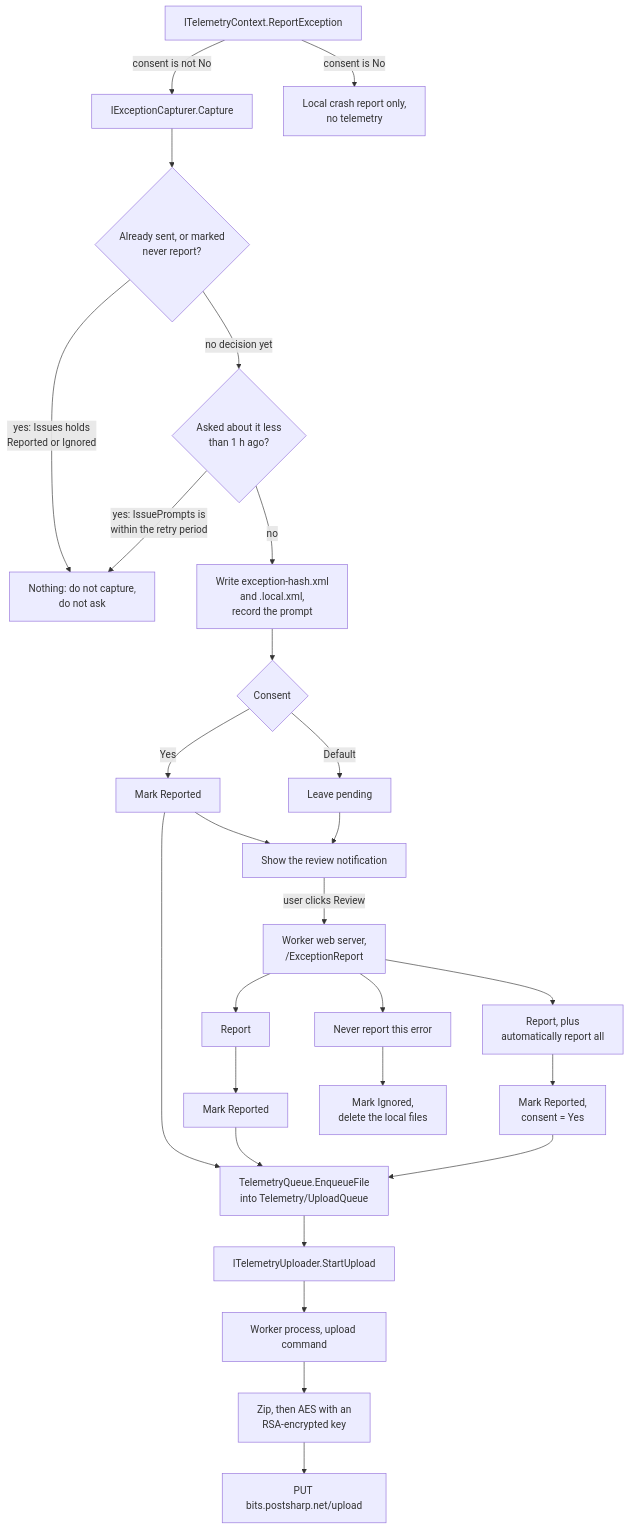
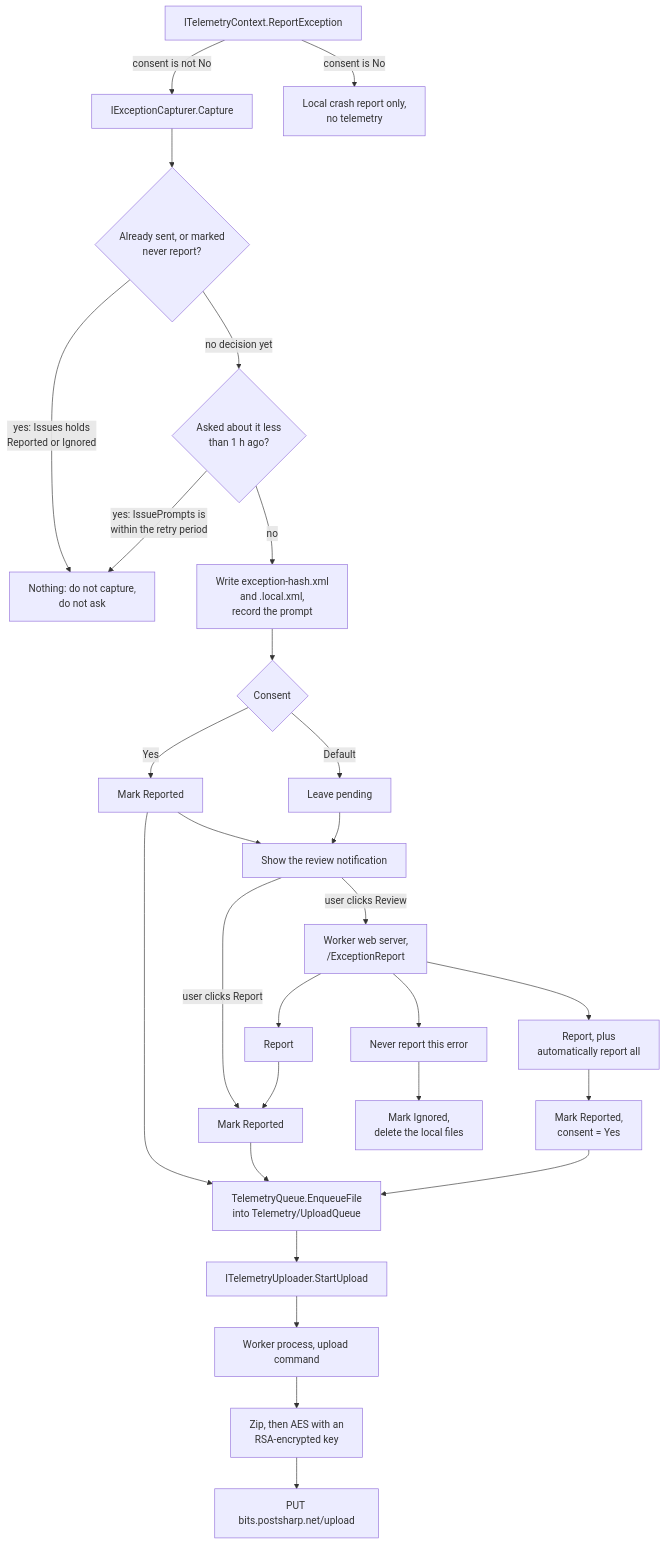
The diagram in docs/telemetry.md (postsharp-ops/SharpCrafters.Backstage), drawn with Mermaid before and after one commit. The commit also changed other lines of this file and 8 other files, not shown here.

````diff
--- a/docs/telemetry.md
+++ b/docs/telemetry.md
@@ -62,53 +62,54 @@
 ```mermaid
 flowchart TD
     Report["ITelemetryContext.ReportException"]
     Capture["IExceptionCapturer.Capture"]
     LocalOnly["Local crash report only,<br/>no telemetry"]
     Decided{"Already sent, or marked<br/>never report?"}
     Throttled{"Asked about it less<br/>than 1 h ago?"}
     Drop["Nothing: do not capture,<br/>do not ask"]
     Write["Write exception-hash.xml<br/>and .local.xml,<br/>record the prompt"]
     Consent{"Consent"}
     Auto["Mark Reported"]
     Pending["Leave pending"]
     Notify["Show the review notification"]
     Page["Worker web server,<br/>/ExceptionReport"]
     Send["Report"]
     SendAlways["Report, plus<br/>automatically report all"]
     Ignore["Never report this error"]
     MarkSent["Mark Reported"]
     MarkSentAlways["Mark Reported,<br/>consent = Yes"]
     MarkIgnored["Mark Ignored,<br/>delete the local files"]
     Queue["TelemetryQueue.EnqueueFile<br/>into Telemetry/UploadQueue"]
     Start["ITelemetryUploader.StartUpload"]
     Worker["Worker process, upload command"]
     Encrypt["Zip, then AES with an<br/>RSA-encrypted key"]
     Put["PUT bits.postsharp.net/upload"]
 
     Report -->|"consent is No"| LocalOnly
     Report -->|"consent is not No"| Capture
     Capture --> Decided
     Decided -->|"yes: Issues holds<br/>Reported or Ignored"| Drop
     Decided -->|"no decision yet"| Throttled
     Throttled -->|"yes: IssuePrompts is<br/>within the retry period"| Drop
     Throttled -->|"no"| Write
     Write --> Consent
     Consent -->|"Yes"| Auto
     Consent -->|"Default"| Pending
     Auto --> Notify
     Auto --> Queue
     Pending --> Notify
     Notify -->|"user clicks Review"| Page
+    Notify -->|"user clicks Report"| MarkSent
     Page --> Send
     Page --> SendAlways
     Page --> Ignore
     Send --> MarkSent
     SendAlways --> MarkSentAlways
     Ignore --> MarkIgnored
     MarkSent --> Queue
     MarkSentAlways --> Queue
     Queue --> Start
     Start --> Worker
     Worker --> Encrypt
     Encrypt --> Put
 ```
````
